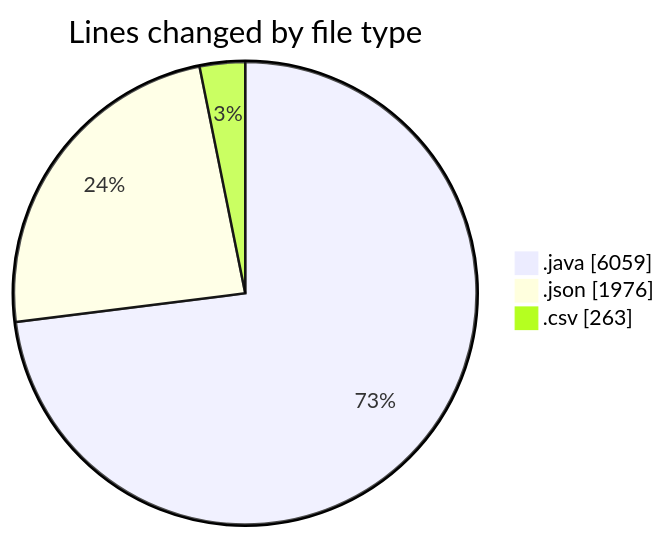
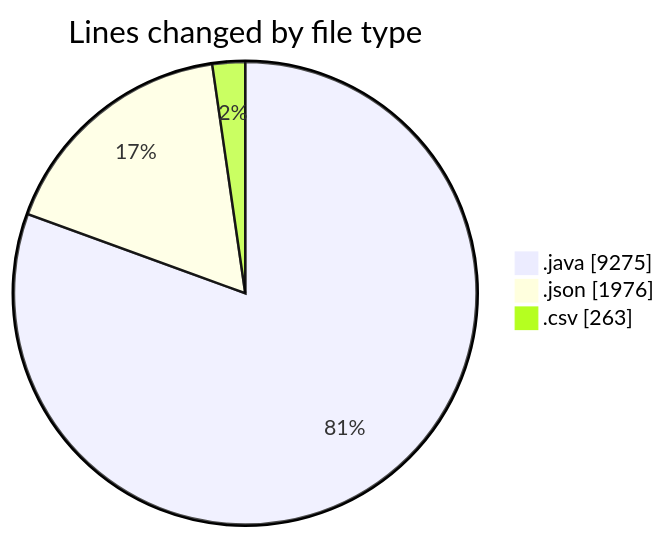
The first of 2 diagrams in 2026-02-24/cilapp/README.md (ricardozamudiocil/code-tracking), drawn with Mermaid before and after one commit. The commit also changed other lines of this file and 1 other file, not shown here.

````diff
--- a/2026-02-24/cilapp/README.md
+++ b/2026-02-24/cilapp/README.md
@@ -25,7 +26,7 @@
 ```mermaid
 pie showData
 title Lines changed by file type
-".java" : 6059
+".java" : 9275
 ".json" : 1976
 ".csv" : 263
 ```
````
